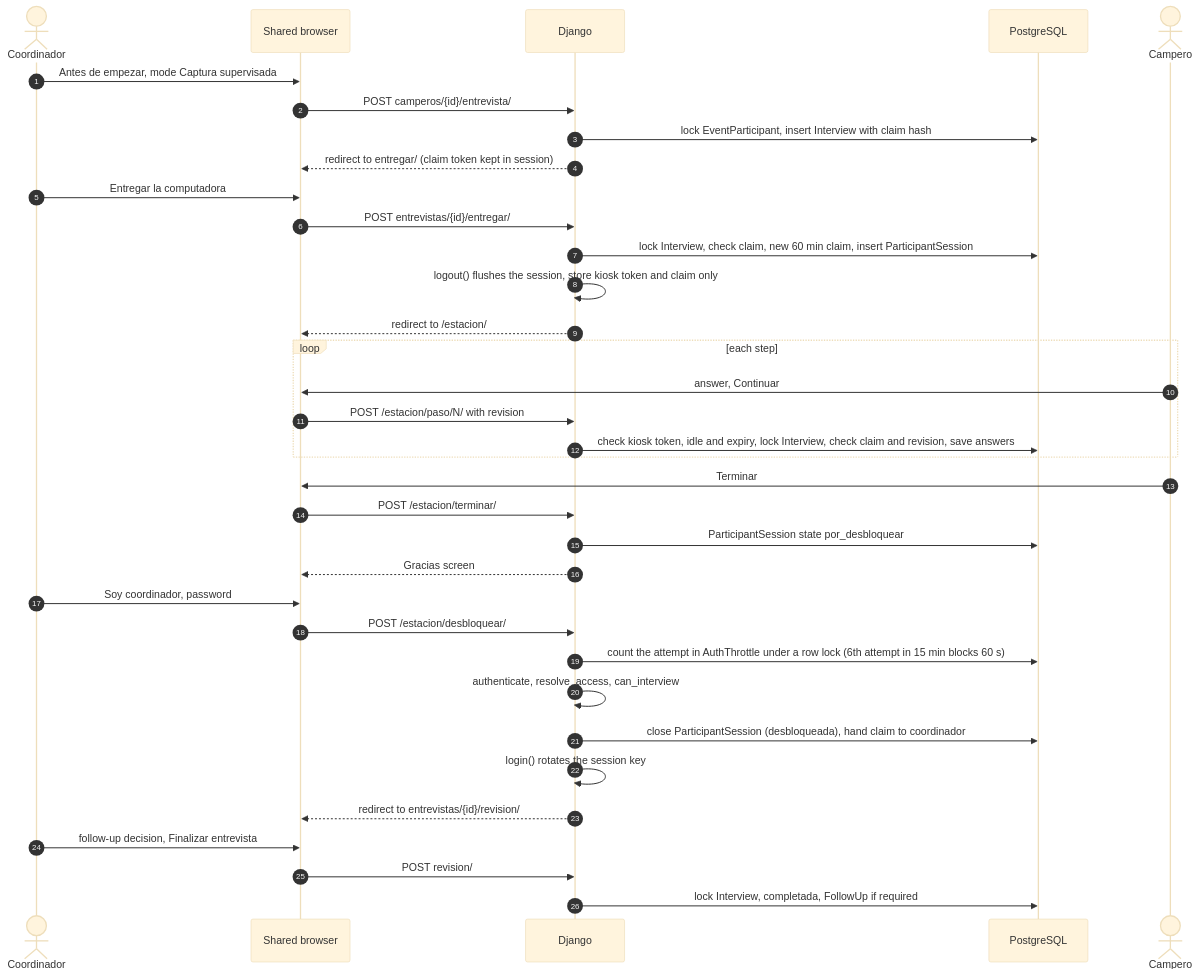
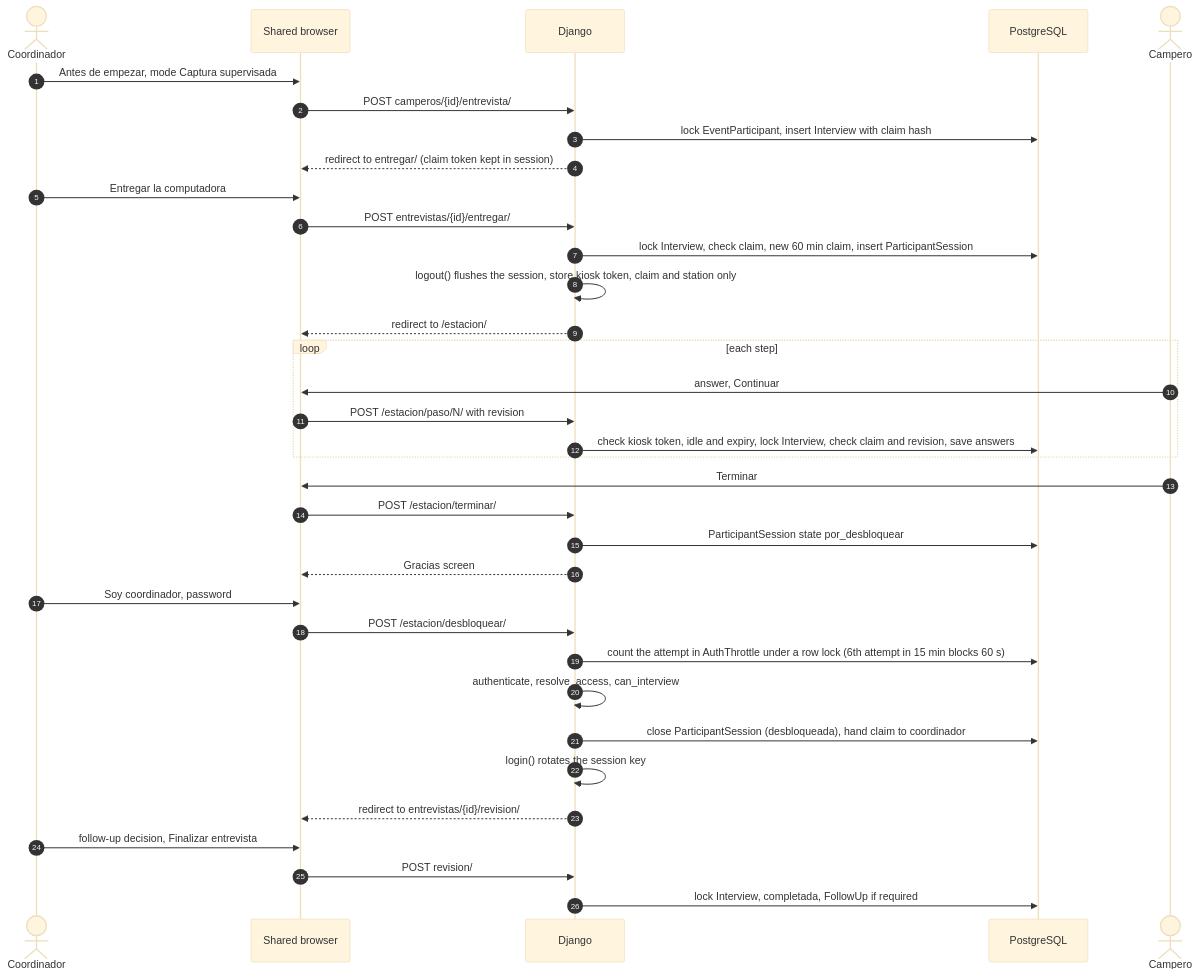
Before and after one commit to AdrianRomo/Emmaus: the diagram in docs/interview-station-workflow.md, drawn with Mermaid (base theme). The commit also changed other lines of this file and 28 other files, not shown here.

````diff
--- a/docs/interview-station-workflow.md
+++ b/docs/interview-station-workflow.md
@@ -63,37 +63,37 @@
 ```mermaid
 sequenceDiagram
     autonumber
     actor C as Coordinador
     participant B as Shared browser
     participant S as Django
     participant DB as PostgreSQL
     actor P as Campero
     C->>B: Antes de empezar, mode Captura supervisada
     B->>S: POST camperos/{id}/entrevista/
     S->>DB: lock EventParticipant, insert Interview with claim hash
     S-->>B: redirect to entregar/ (claim token kept in session)
     C->>B: Entregar la computadora
     B->>S: POST entrevistas/{id}/entregar/
     S->>DB: lock Interview, check claim, new 60 min claim, insert ParticipantSession
-    S->>S: logout() flushes the session, store kiosk token and claim only
+    S->>S: logout() flushes the session, store kiosk token, claim and station only
     S-->>B: redirect to /estacion/
     loop each step
         P->>B: answer, Continuar
         B->>S: POST /estacion/paso/N/ with revision
         S->>DB: check kiosk token, idle and expiry, lock Interview, check claim and revision, save answers
     end
     P->>B: Terminar
     B->>S: POST /estacion/terminar/
     S->>DB: ParticipantSession state por_desbloquear
     S-->>B: Gracias screen
     C->>B: Soy coordinador, password
     B->>S: POST /estacion/desbloquear/
     S->>DB: count the attempt in AuthThrottle under a row lock (6th attempt in 15 min blocks 60 s)
     S->>S: authenticate, resolve_access, can_interview
     S->>DB: close ParticipantSession (desbloqueada), hand claim to coordinador
     S->>S: login() rotates the session key
     S-->>B: redirect to entrevistas/{id}/revision/
     C->>B: follow-up decision, Finalizar entrevista
     B->>S: POST revision/
     S->>DB: lock Interview, completada, FollowUp if required
 ```
````
